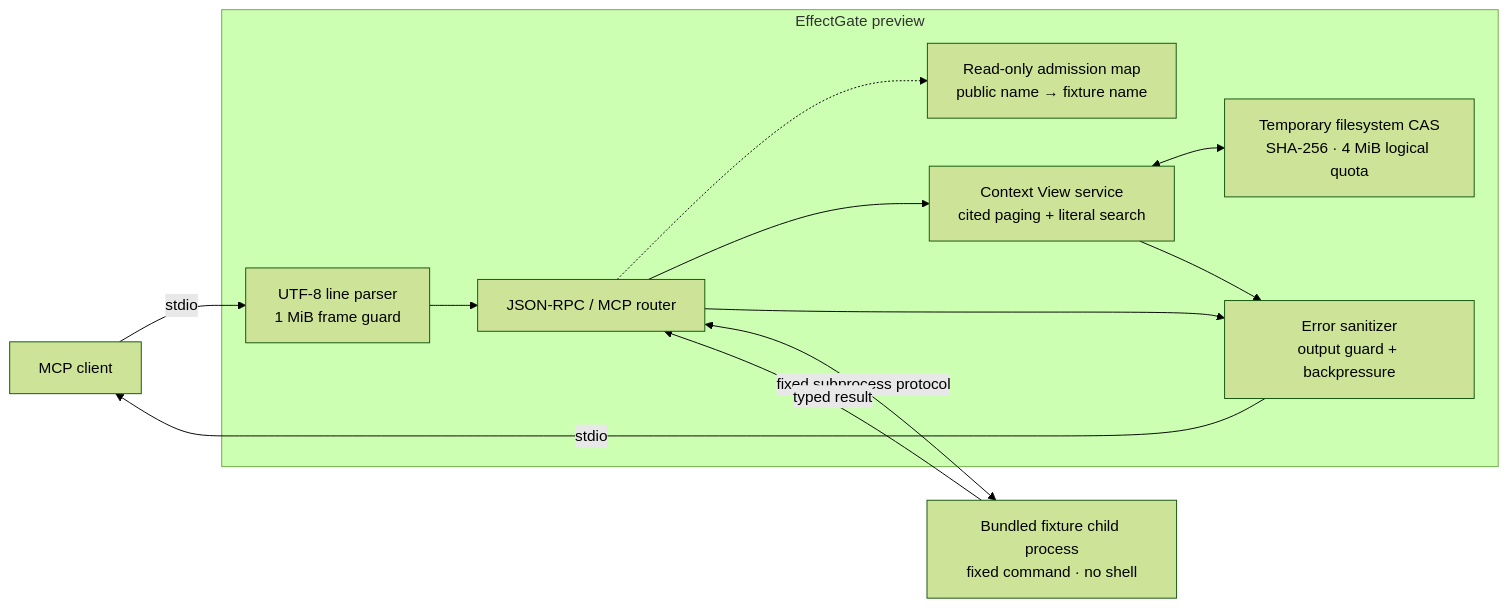
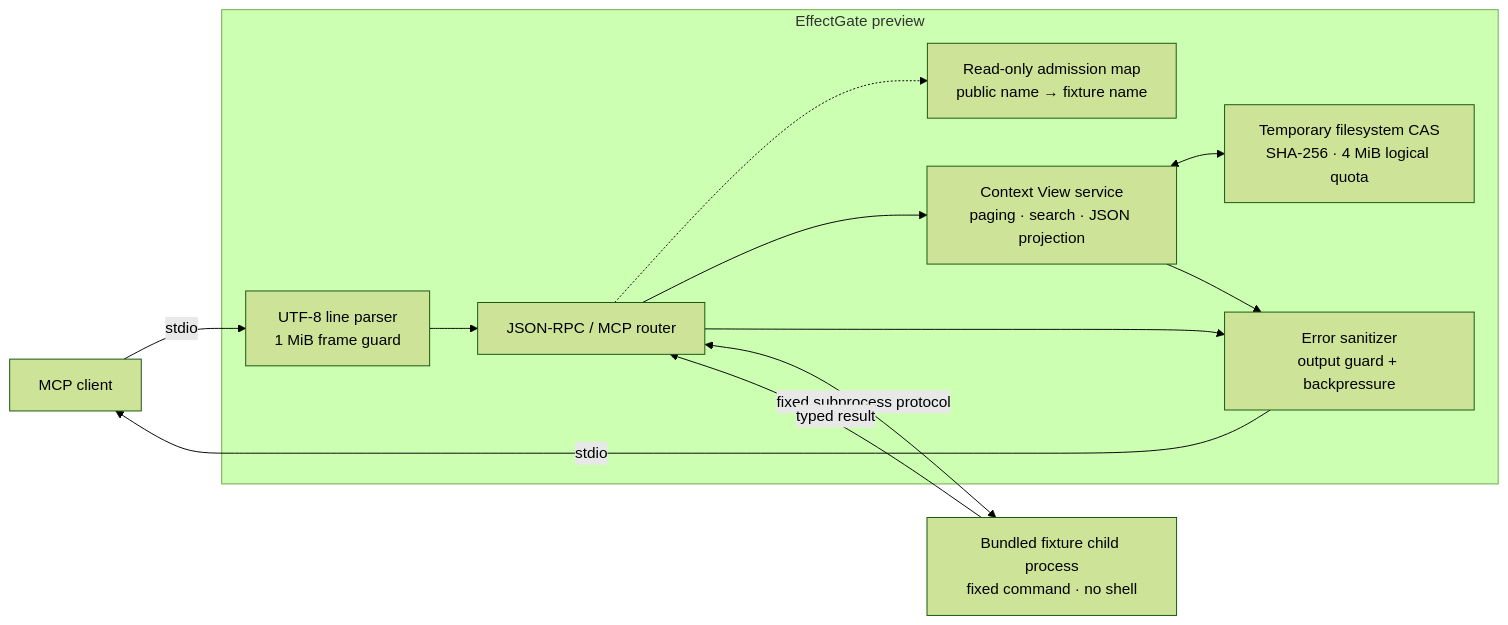
One commit to Miniks040506/EffectGate changed the diagram in README.md. Above: the diagram before and after it, drawn with Mermaid (forest theme). The commit also changed other lines of this file and 3 other files, not shown here.

````diff
--- a/README.md
+++ b/README.md
@@ -61,27 +61,27 @@
 ```mermaid
 flowchart LR
     Client["MCP client"]
 
     subgraph Gate["EffectGate preview"]
         Input["UTF-8 line parser<br/>1 MiB frame guard"]
         Router["JSON-RPC / MCP router"]
         Catalog["Read-only admission map<br/>public name → fixture name"]
-        Views["Context View service<br/>cited paging + literal search"]
+        Views["Context View service<br/>paging · search · JSON projection"]
         Store["Temporary filesystem CAS<br/>SHA-256 · 4 MiB logical quota"]
         Output["Error sanitizer<br/>output guard + backpressure"]
 
         Input --> Router
         Router -.-> Catalog
         Router --> Views
         Views <--> Store
         Router --> Output
         Views --> Output
     end
 
     Fixture["Bundled fixture child process<br/>fixed command · no shell"]
 
     Client -->|"stdio"| Input
     Router <-->|"fixed subprocess protocol"| Fixture
     Fixture -->|"typed result"| Router
     Output -->|"stdio"| Client
 ```
````
